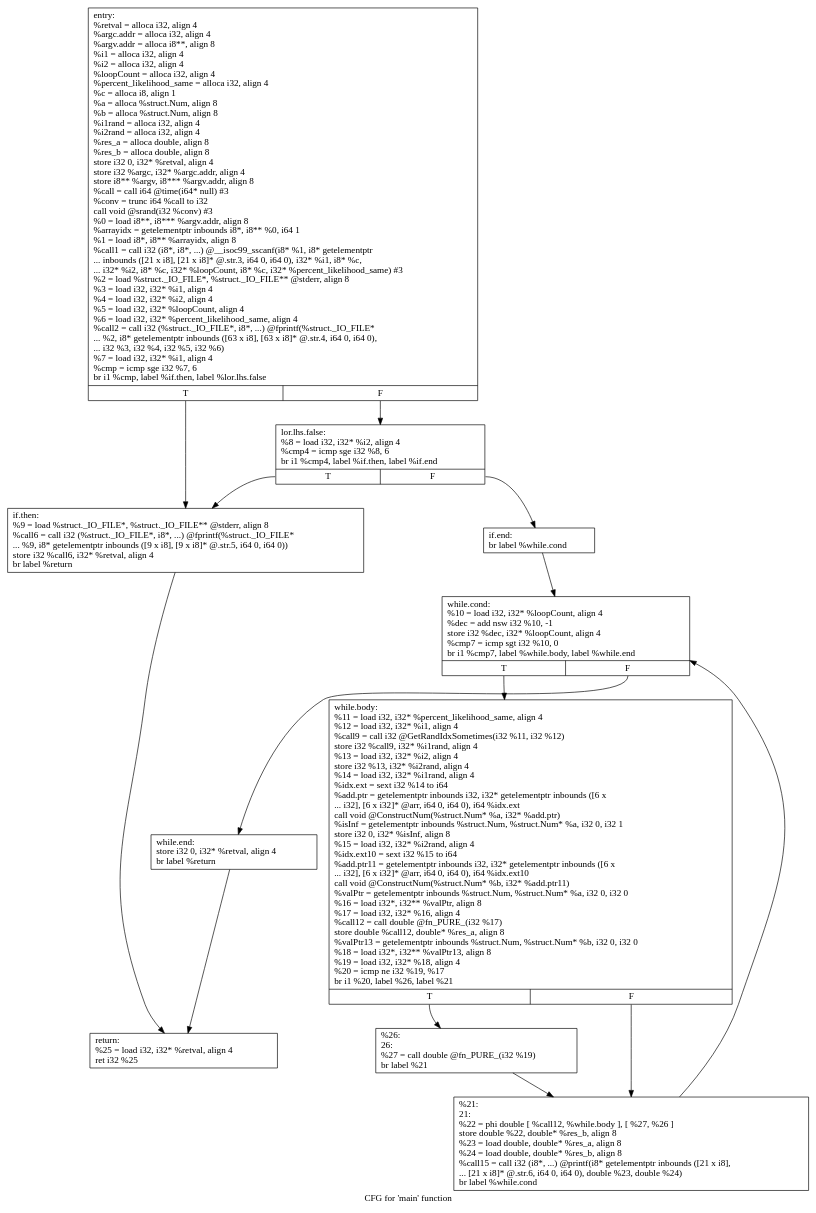
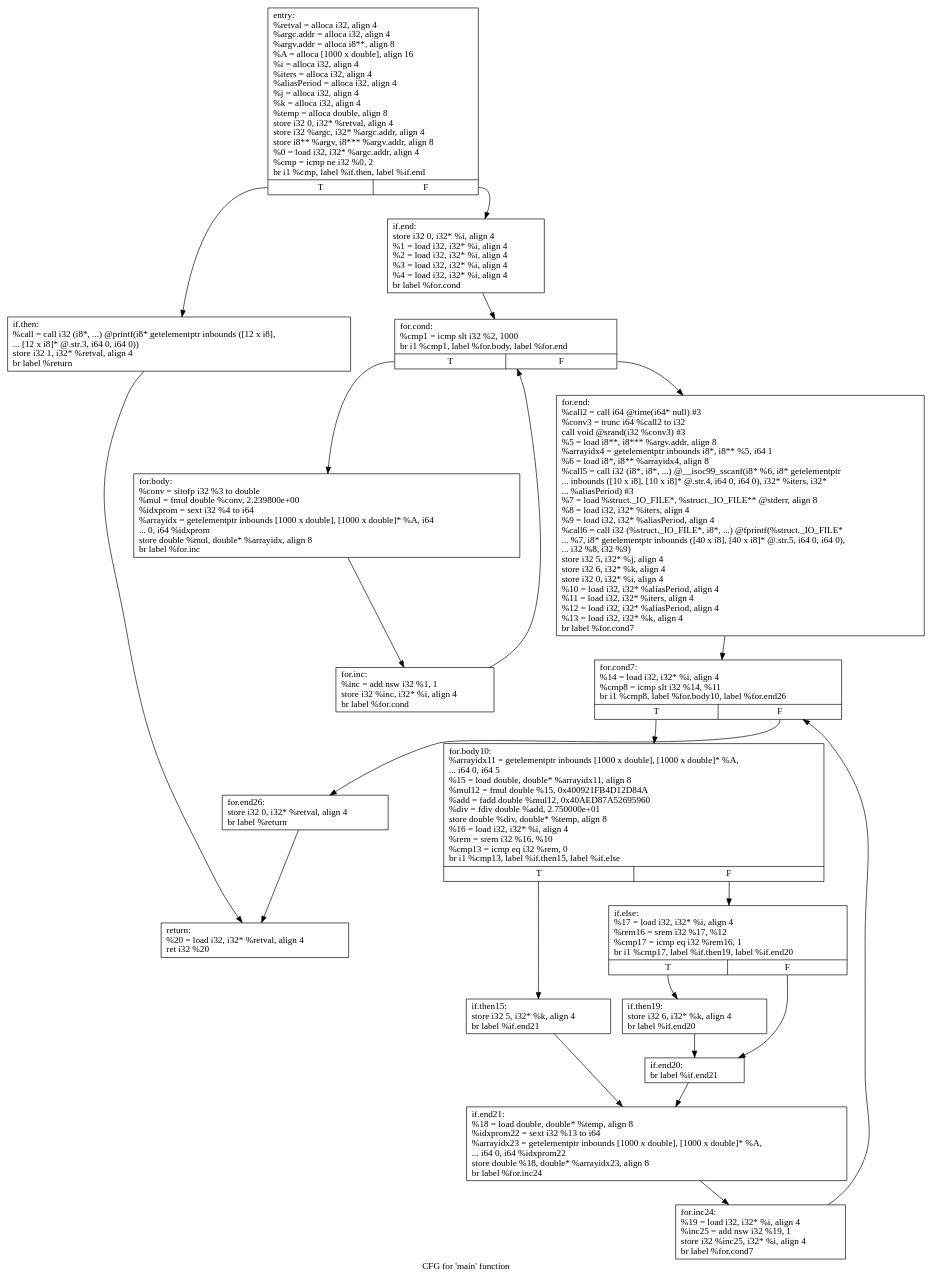
The diagram in 583simple/.main.dot (mattqemo/eecs583fp), drawn with Graphviz before and after one commit. The commit also changed 15 other files, not shown here.

```diff
--- a/583simple/.main.dot
+++ b/583simple/.main.dot
@@ -1,27 +1,42 @@
 digraph "CFG for 'main' function" {
 	label="CFG for 'main' function";
 
-	Node0x55c98605c080 [shape=record,label="{entry:\l  %retval = alloca i32, align 4\l  %argc.addr = alloca i32, align 4\l  %argv.addr = alloca i8**, align 8\l  %i1 = alloca i32, align 4\l  %i2 = alloca i32, align 4\l  %loopCount = alloca i32, align 4\l  %percent_likelihood_same = alloca i32, align 4\l  %c = alloca i8, align 1\l  %a = alloca %struct.Num, align 8\l  %b = alloca %struct.Num, align 8\l  %i1rand = alloca i32, align 4\l  %i2rand = alloca i32, align 4\l  %res_a = alloca double, align 8\l  %res_b = alloca double, align 8\l  store i32 0, i32* %retval, align 4\l  store i32 %argc, i32* %argc.addr, align 4\l  store i8** %argv, i8*** %argv.addr, align 8\l  %call = call i64 @time(i64* null) #3\l  %conv = trunc i64 %call to i32\l  call void @srand(i32 %conv) #3\l  %0 = load i8**, i8*** %argv.addr, align 8\l  %arrayidx = getelementptr inbounds i8*, i8** %0, i64 1\l  %1 = load i8*, i8** %arrayidx, align 8\l  %call1 = call i32 (i8*, i8*, ...) @__isoc99_sscanf(i8* %1, i8* getelementptr\l... inbounds ([21 x i8], [21 x i8]* @.str.3, i64 0, i64 0), i32* %i1, i8* %c,\l... i32* %i2, i8* %c, i32* %loopCount, i8* %c, i32* %percent_likelihood_same) #3\l  %2 = load %struct._IO_FILE*, %struct._IO_FILE** @stderr, align 8\l  %3 = load i32, i32* %i1, align 4\l  %4 = load i32, i32* %i2, align 4\l  %5 = load i32, i32* %loopCount, align 4\l  %6 = load i32, i32* %percent_likelihood_same, align 4\l  %call2 = call i32 (%struct._IO_FILE*, i8*, ...) @fprintf(%struct._IO_FILE*\l... %2, i8* getelementptr inbounds ([63 x i8], [63 x i8]* @.str.4, i64 0, i64 0),\l... i32 %3, i32 %4, i32 %5, i32 %6)\l  %7 = load i32, i32* %i1, align 4\l  %cmp = icmp sge i32 %7, 6\l  br i1 %cmp, label %if.then, label %lor.lhs.false\l|{<s0>T|<s1>F}}"];
-	Node0x55c98605c080:s0 -> Node0x55c98605c6c0;
-	Node0x55c98605c080:s1 -> Node0x55c98605c670;
-	Node0x55c98605c670 [shape=record,label="{lor.lhs.false:                                    \l  %8 = load i32, i32* %i2, align 4\l  %cmp4 = icmp sge i32 %8, 6\l  br i1 %cmp4, label %if.then, label %if.end\l|{<s0>T|<s1>F}}"];
-	Node0x55c98605c670:s0 -> Node0x55c98605c6c0;
-	Node0x55c98605c670:s1 -> Node0x55c98605c710;
-	Node0x55c98605c6c0 [shape=record,label="{if.then:                                          \l  %9 = load %struct._IO_FILE*, %struct._IO_FILE** @stderr, align 8\l  %call6 = call i32 (%struct._IO_FILE*, i8*, ...) @fprintf(%struct._IO_FILE*\l... %9, i8* getelementptr inbounds ([9 x i8], [9 x i8]* @.str.5, i64 0, i64 0))\l  store i32 %call6, i32* %retval, align 4\l  br label %return\l}"];
-	Node0x55c98605c6c0 -> Node0x55c98605c8a0;
-	Node0x55c98605c710 [shape=record,label="{if.end:                                           \l  br label %while.cond\l}"];
-	Node0x55c98605c710 -> Node0x55c98605c760;
-	Node0x55c98605c760 [shape=record,label="{while.cond:                                       \l  %10 = load i32, i32* %loopCount, align 4\l  %dec = add nsw i32 %10, -1\l  store i32 %dec, i32* %loopCount, align 4\l  %cmp7 = icmp sgt i32 %10, 0\l  br i1 %cmp7, label %while.body, label %while.end\l|{<s0>T|<s1>F}}"];
-	Node0x55c98605c760:s0 -> Node0x55c98605c7b0;
-	Node0x55c98605c760:s1 -> Node0x55c98605c850;
-	Node0x55c98605c7b0 [shape=record,label="{while.body:                                       \l  %11 = load i32, i32* %percent_likelihood_same, align 4\l  %12 = load i32, i32* %i1, align 4\l  %call9 = call i32 @GetRandIdxSometimes(i32 %11, i32 %12)\l  store i32 %call9, i32* %i1rand, align 4\l  %13 = load i32, i32* %i2, align 4\l  store i32 %13, i32* %i2rand, align 4\l  %14 = load i32, i32* %i1rand, align 4\l  %idx.ext = sext i32 %14 to i64\l  %add.ptr = getelementptr inbounds i32, i32* getelementptr inbounds ([6 x\l... i32], [6 x i32]* @arr, i64 0, i64 0), i64 %idx.ext\l  call void @ConstructNum(%struct.Num* %a, i32* %add.ptr)\l  %isInf = getelementptr inbounds %struct.Num, %struct.Num* %a, i32 0, i32 1\l  store i32 0, i32* %isInf, align 8\l  %15 = load i32, i32* %i2rand, align 4\l  %idx.ext10 = sext i32 %15 to i64\l  %add.ptr11 = getelementptr inbounds i32, i32* getelementptr inbounds ([6 x\l... i32], [6 x i32]* @arr, i64 0, i64 0), i64 %idx.ext10\l  call void @ConstructNum(%struct.Num* %b, i32* %add.ptr11)\l  %valPtr = getelementptr inbounds %struct.Num, %struct.Num* %a, i32 0, i32 0\l  %16 = load i32*, i32** %valPtr, align 8\l  %17 = load i32, i32* %16, align 4\l  %call12 = call double @fn_PURE_(i32 %17)\l  store double %call12, double* %res_a, align 8\l  %valPtr13 = getelementptr inbounds %struct.Num, %struct.Num* %b, i32 0, i32 0\l  %18 = load i32*, i32** %valPtr13, align 8\l  %19 = load i32, i32* %18, align 4\l  %20 = icmp ne i32 %19, %17\l  br i1 %20, label %26, label %21\l|{<s0>T|<s1>F}}"];
-	Node0x55c98605c7b0:s0 -> Node0x55c98605c8f0;
-	Node0x55c98605c7b0:s1 -> Node0x55c98605c800;
-	Node0x55c98605c800 [shape=record,label="{%21:\l21:                                               \l  %22 = phi double [ %call12, %while.body ], [ %27, %26 ]\l  store double %22, double* %res_b, align 8\l  %23 = load double, double* %res_a, align 8\l  %24 = load double, double* %res_b, align 8\l  %call15 = call i32 (i8*, ...) @printf(i8* getelementptr inbounds ([21 x i8],\l... [21 x i8]* @.str.6, i64 0, i64 0), double %23, double %24)\l  br label %while.cond\l}"];
-	Node0x55c98605c800 -> Node0x55c98605c760;
-	Node0x55c98605c850 [shape=record,label="{while.end:                                        \l  store i32 0, i32* %retval, align 4\l  br label %return\l}"];
-	Node0x55c98605c850 -> Node0x55c98605c8a0;
-	Node0x55c98605c8a0 [shape=record,label="{return:                                           \l  %25 = load i32, i32* %retval, align 4\l  ret i32 %25\l}"];
-	Node0x55c98605c8f0 [shape=record,label="{%26:\l26:                                               \l  %27 = call double @fn_PURE_(i32 %19)\l  br label %21\l}"];
-	Node0x55c98605c8f0 -> Node0x55c98605c800;
+	Node0x55e047e42970 [shape=record,label="{entry:\l  %retval = alloca i32, align 4\l  %argc.addr = alloca i32, align 4\l  %argv.addr = alloca i8**, align 8\l  %A = alloca [1000 x double], align 16\l  %i = alloca i32, align 4\l  %iters = alloca i32, align 4\l  %aliasPeriod = alloca i32, align 4\l  %j = alloca i32, align 4\l  %k = alloca i32, align 4\l  %temp = alloca double, align 8\l  store i32 0, i32* %retval, align 4\l  store i32 %argc, i32* %argc.addr, align 4\l  store i8** %argv, i8*** %argv.addr, align 8\l  %0 = load i32, i32* %argc.addr, align 4\l  %cmp = icmp ne i32 %0, 2\l  br i1 %cmp, label %if.then, label %if.end\l|{<s0>T|<s1>F}}"];
+	Node0x55e047e42970:s0 -> Node0x55e047e43aa0;
+	Node0x55e047e42970:s1 -> Node0x55e047e43af0;
+	Node0x55e047e43aa0 [shape=record,label="{if.then:                                          \l  %call = call i32 (i8*, ...) @printf(i8* getelementptr inbounds ([12 x i8],\l... [12 x i8]* @.str.3, i64 0, i64 0))\l  store i32 1, i32* %retval, align 4\l  br label %return\l}"];
+	Node0x55e047e43aa0 -> Node0x55e047e43f50;
+	Node0x55e047e43af0 [shape=record,label="{if.end:                                           \l  store i32 0, i32* %i, align 4\l  %1 = load i32, i32* %i, align 4\l  %2 = load i32, i32* %i, align 4\l  %3 = load i32, i32* %i, align 4\l  %4 = load i32, i32* %i, align 4\l  br label %for.cond\l}"];
+	Node0x55e047e43af0 -> Node0x55e047e43b40;
+	Node0x55e047e43b40 [shape=record,label="{for.cond:                                         \l  %cmp1 = icmp slt i32 %2, 1000\l  br i1 %cmp1, label %for.body, label %for.end\l|{<s0>T|<s1>F}}"];
+	Node0x55e047e43b40:s0 -> Node0x55e047e43b90;
+	Node0x55e047e43b40:s1 -> Node0x55e047e43c30;
+	Node0x55e047e43b90 [shape=record,label="{for.body:                                         \l  %conv = sitofp i32 %3 to double\l  %mul = fmul double %conv, 2.239800e+00\l  %idxprom = sext i32 %4 to i64\l  %arrayidx = getelementptr inbounds [1000 x double], [1000 x double]* %A, i64\l... 0, i64 %idxprom\l  store double %mul, double* %arrayidx, align 8\l  br label %for.inc\l}"];
+	Node0x55e047e43b90 -> Node0x55e047e43be0;
+	Node0x55e047e43be0 [shape=record,label="{for.inc:                                          \l  %inc = add nsw i32 %1, 1\l  store i32 %inc, i32* %i, align 4\l  br label %for.cond\l}"];
+	Node0x55e047e43be0 -> Node0x55e047e43b40;
+	Node0x55e047e43c30 [shape=record,label="{for.end:                                          \l  %call2 = call i64 @time(i64* null) #3\l  %conv3 = trunc i64 %call2 to i32\l  call void @srand(i32 %conv3) #3\l  %5 = load i8**, i8*** %argv.addr, align 8\l  %arrayidx4 = getelementptr inbounds i8*, i8** %5, i64 1\l  %6 = load i8*, i8** %arrayidx4, align 8\l  %call5 = call i32 (i8*, i8*, ...) @__isoc99_sscanf(i8* %6, i8* getelementptr\l... inbounds ([10 x i8], [10 x i8]* @.str.4, i64 0, i64 0), i32* %iters, i32*\l... %aliasPeriod) #3\l  %7 = load %struct._IO_FILE*, %struct._IO_FILE** @stderr, align 8\l  %8 = load i32, i32* %iters, align 4\l  %9 = load i32, i32* %aliasPeriod, align 4\l  %call6 = call i32 (%struct._IO_FILE*, i8*, ...) @fprintf(%struct._IO_FILE*\l... %7, i8* getelementptr inbounds ([40 x i8], [40 x i8]* @.str.5, i64 0, i64 0),\l... i32 %8, i32 %9)\l  store i32 5, i32* %j, align 4\l  store i32 6, i32* %k, align 4\l  store i32 0, i32* %i, align 4\l  %10 = load i32, i32* %aliasPeriod, align 4\l  %11 = load i32, i32* %iters, align 4\l  %12 = load i32, i32* %aliasPeriod, align 4\l  %13 = load i32, i32* %k, align 4\l  br label %for.cond7\l}"];
+	Node0x55e047e43c30 -> Node0x55e047e43c80;
+	Node0x55e047e43c80 [shape=record,label="{for.cond7:                                        \l  %14 = load i32, i32* %i, align 4\l  %cmp8 = icmp slt i32 %14, %11\l  br i1 %cmp8, label %for.body10, label %for.end26\l|{<s0>T|<s1>F}}"];
+	Node0x55e047e43c80:s0 -> Node0x55e047e43cd0;
+	Node0x55e047e43c80:s1 -> Node0x55e047e43f00;
+	Node0x55e047e43cd0 [shape=record,label="{for.body10:                                       \l  %arrayidx11 = getelementptr inbounds [1000 x double], [1000 x double]* %A,\l... i64 0, i64 5\l  %15 = load double, double* %arrayidx11, align 8\l  %mul12 = fmul double %15, 0x400921FB4D12D84A\l  %add = fadd double %mul12, 0x40AED87A52695960\l  %div = fdiv double %add, 2.750000e+01\l  store double %div, double* %temp, align 8\l  %16 = load i32, i32* %i, align 4\l  %rem = srem i32 %16, %10\l  %cmp13 = icmp eq i32 %rem, 0\l  br i1 %cmp13, label %if.then15, label %if.else\l|{<s0>T|<s1>F}}"];
+	Node0x55e047e43cd0:s0 -> Node0x55e047e43d20;
+	Node0x55e047e43cd0:s1 -> Node0x55e047e43d70;
+	Node0x55e047e43d20 [shape=record,label="{if.then15:                                        \l  store i32 5, i32* %k, align 4\l  br label %if.end21\l}"];
+	Node0x55e047e43d20 -> Node0x55e047e43e60;
+	Node0x55e047e43d70 [shape=record,label="{if.else:                                          \l  %17 = load i32, i32* %i, align 4\l  %rem16 = srem i32 %17, %12\l  %cmp17 = icmp eq i32 %rem16, 1\l  br i1 %cmp17, label %if.then19, label %if.end20\l|{<s0>T|<s1>F}}"];
+	Node0x55e047e43d70:s0 -> Node0x55e047e43dc0;
+	Node0x55e047e43d70:s1 -> Node0x55e047e43e10;
+	Node0x55e047e43dc0 [shape=record,label="{if.then19:                                        \l  store i32 6, i32* %k, align 4\l  br label %if.end20\l}"];
+	Node0x55e047e43dc0 -> Node0x55e047e43e10;
+	Node0x55e047e43e10 [shape=record,label="{if.end20:                                         \l  br label %if.end21\l}"];
+	Node0x55e047e43e10 -> Node0x55e047e43e60;
+	Node0x55e047e43e60 [shape=record,label="{if.end21:                                         \l  %18 = load double, double* %temp, align 8\l  %idxprom22 = sext i32 %13 to i64\l  %arrayidx23 = getelementptr inbounds [1000 x double], [1000 x double]* %A,\l... i64 0, i64 %idxprom22\l  store double %18, double* %arrayidx23, align 8\l  br label %for.inc24\l}"];
+	Node0x55e047e43e60 -> Node0x55e047e43eb0;
+	Node0x55e047e43eb0 [shape=record,label="{for.inc24:                                        \l  %19 = load i32, i32* %i, align 4\l  %inc25 = add nsw i32 %19, 1\l  store i32 %inc25, i32* %i, align 4\l  br label %for.cond7\l}"];
+	Node0x55e047e43eb0 -> Node0x55e047e43c80;
+	Node0x55e047e43f00 [shape=record,label="{for.end26:                                        \l  store i32 0, i32* %retval, align 4\l  br label %return\l}"];
+	Node0x55e047e43f00 -> Node0x55e047e43f50;
+	Node0x55e047e43f50 [shape=record,label="{return:                                           \l  %20 = load i32, i32* %retval, align 4\l  ret i32 %20\l}"];
 }
```
